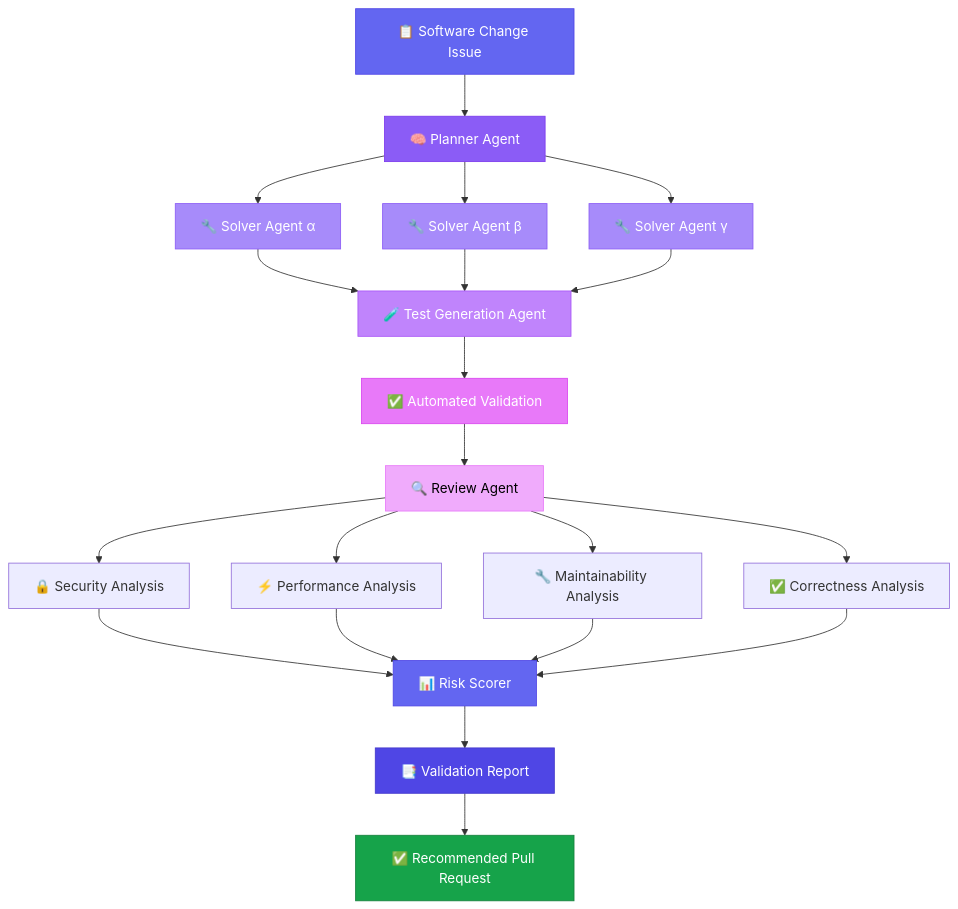
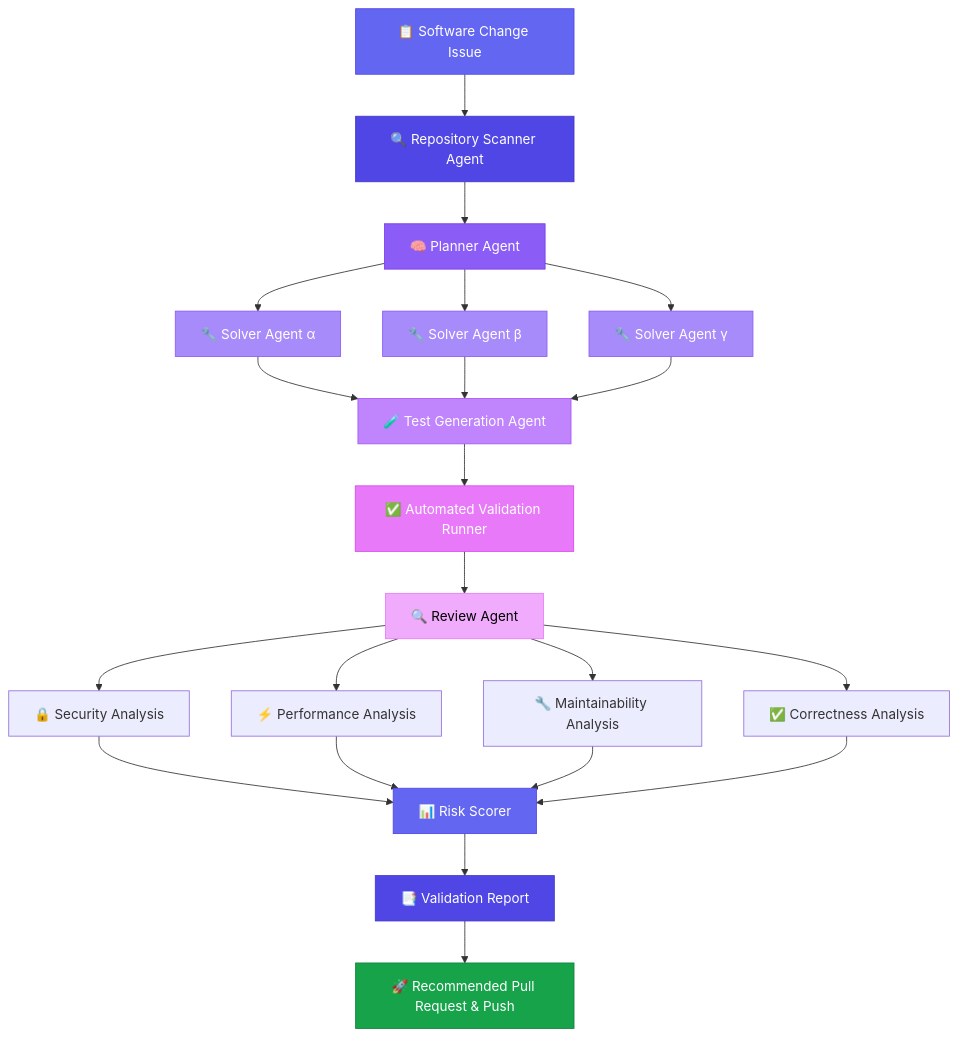
One commit to Yashrathore05/PatchGuard-AI changed the first of 2 diagrams in README.md. Above: the diagram before and after it, drawn with Mermaid. The commit also changed other lines of this file and 140 other files, not shown here.

````diff
--- a/README.md
+++ b/README.md
@@ -71,39 +72,41 @@
 ```mermaid
 graph TD
-    A[📋 Software Change Issue] --> B[🧠 Planner Agent]
+    A[📋 Software Change Issue] --> XS[🔍 Repository Scanner Agent]
+    XS --> B[🧠 Planner Agent]
     B --> C[🔧 Solver Agent α]
     B --> D[🔧 Solver Agent β]
     B --> E[🔧 Solver Agent γ]
     
     C --> F[🧪 Test Generation Agent]
     D --> F
     E --> F
     
-    F --> G[✅ Automated Validation]
+    F --> G[✅ Automated Validation Runner]
     G --> H[🔍 Review Agent]
     
     H --> I[🔒 Security Analysis]
     H --> J[⚡ Performance Analysis]
     H --> K[🔧 Maintainability Analysis]
     H --> L[✅ Correctness Analysis]
     
     I --> M[📊 Risk Scorer]
     J --> M
     K --> M
     L --> M
     
     M --> N[📑 Validation Report]
-    N --> O[✅ Recommended Pull Request]
+    N --> O[🚀 Recommended Pull Request & Push]
     
     style A fill:#6366f1,stroke:#4f46e5,color:#fff
+    style XS fill:#4f46e5,stroke:#4338ca,color:#fff
     style B fill:#8b5cf6,stroke:#7c3aed,color:#fff
     style C fill:#a78bfa,stroke:#8b5cf6,color:#fff
     style D fill:#a78bfa,stroke:#8b5cf6,color:#fff
     style E fill:#a78bfa,stroke:#8b5cf6,color:#fff
     style F fill:#c084fc,stroke:#a855f7,color:#fff
     style G fill:#e879f9,stroke:#d946ef,color:#fff
     style H fill:#f0abfc,stroke:#e879f9,color:#000
     style M fill:#6366f1,stroke:#4f46e5,color:#fff
     style N fill:#4f46e5,stroke:#4338ca,color:#fff
     style O fill:#16a34a,stroke:#15803d,color:#fff
 ```
````
